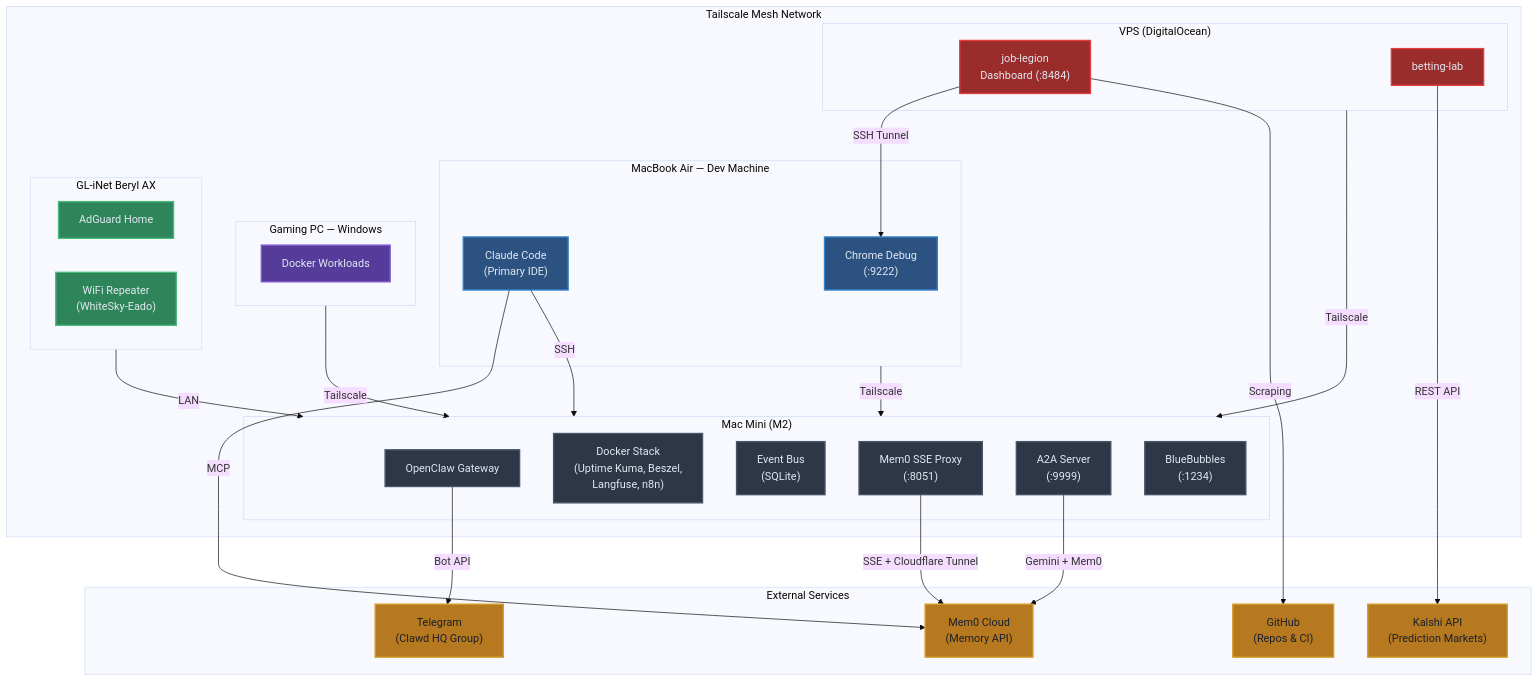
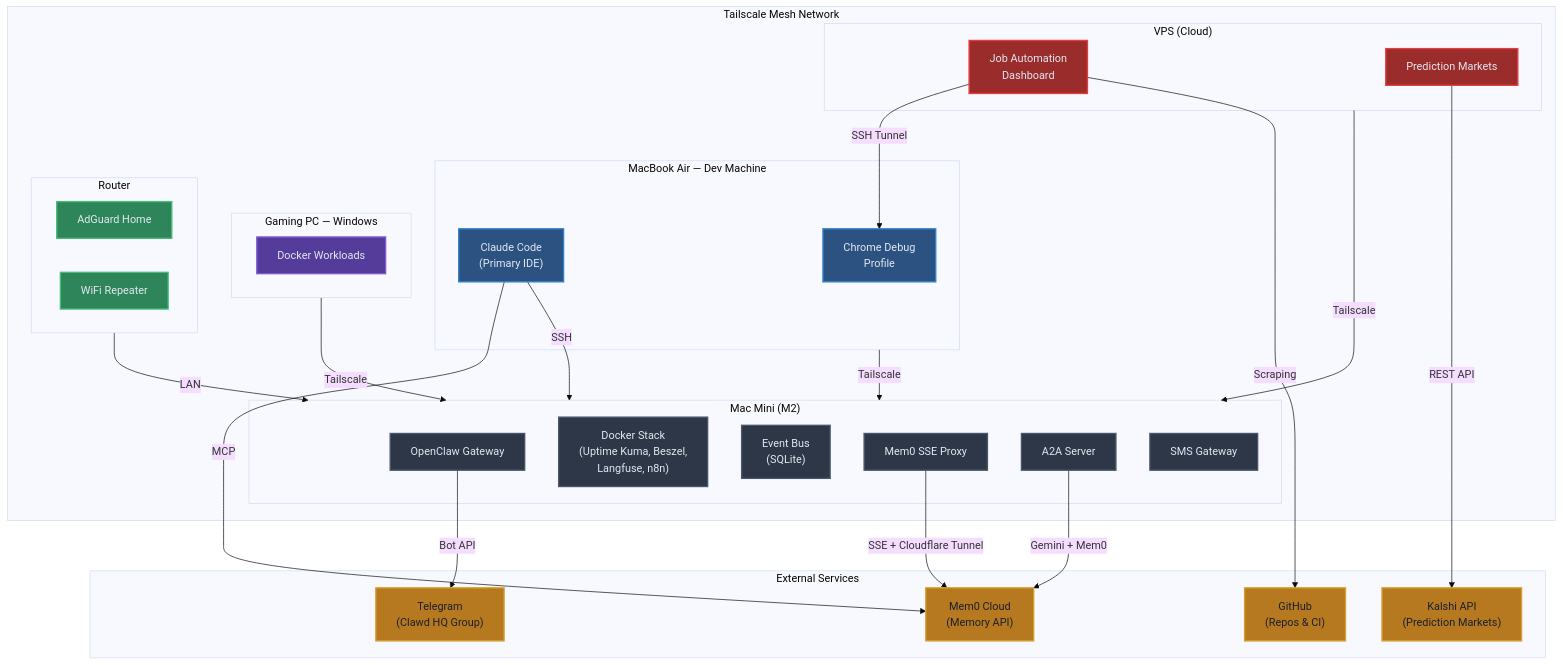
One commit to zach-abraham/clawd-hq changed the diagram in diagrams/system-topology.mmd. Above: the diagram before and after it, drawn with Mermaid (base theme).

Commit message:
security: sanitize mermaid diagram - remove port numbers and service names

```diff
--- a/diagrams/system-topology.mmd
+++ b/diagrams/system-topology.mmd
@@ -1,72 +1,72 @@
 graph TD
     subgraph External["External Services"]
         MEM0_CLOUD["Mem0 Cloud<br/>(Memory API)"]
         TELEGRAM["Telegram<br/>(Clawd HQ Group)"]
         KALSHI["Kalshi API<br/>(Prediction Markets)"]
         GITHUB["GitHub<br/>(Repos & CI)"]
     end
 
     subgraph TAILSCALE["Tailscale Mesh Network"]
         subgraph MACMINI["Mac Mini (M2)"]
             OC_GW["OpenClaw Gateway"]
             DOCKER["Docker Stack<br/>(Uptime Kuma, Beszel,<br/>Langfuse, n8n)"]
             EVENTBUS["Event Bus<br/>(SQLite)"]
-            MEM0_SSE["Mem0 SSE Proxy<br/>(:8051)"]
-            A2A["A2A Server<br/>(:9999)"]
-            BLUEBUB["BlueBubbles<br/>(:1234)"]
+            MEM0_SSE["Mem0 SSE Proxy"]
+            A2A["A2A Server"]
+            SMS_GW["SMS Gateway"]
         end
 
         subgraph MBA["MacBook Air — Dev Machine"]
             CLAUDE_CODE["Claude Code<br/>(Primary IDE)"]
-            CHROME_DBG["Chrome Debug<br/>(:9222)"]
+            CHROME_DBG["Chrome Debug<br/>Profile"]
         end
 
         subgraph GAMING["Gaming PC — Windows"]
             DOCKER_WIN["Docker Workloads"]
         end
 
-        subgraph VPS["VPS (DigitalOcean)"]
-            JOB_LEGION["job-legion<br/>Dashboard (:8484)"]
-            BETTING_LAB["betting-lab"]
+        subgraph VPS["VPS (Cloud)"]
+            JOB_LEGION["Job Automation<br/>Dashboard"]
+            BETTING_LAB["Prediction Markets"]
         end
 
-        subgraph ROUTER["GL-iNet Beryl AX"]
+        subgraph ROUTER["Router"]
             ADGUARD["AdGuard Home"]
-            REPEATER["WiFi Repeater<br/>(WhiteSky-Eado)"]
+            REPEATER["WiFi Repeater"]
         end
     end
 
     %% Tailscale connections
     MBA -->|Tailscale| MACMINI
     GAMING -->|Tailscale| MACMINI
     VPS -->|Tailscale| MACMINI
     ROUTER -->|LAN| MACMINI
 
     %% External connections from Mac Mini
     MEM0_SSE -->|SSE + Cloudflare Tunnel| MEM0_CLOUD
     OC_GW -->|Bot API| TELEGRAM
     A2A -->|Gemini + Mem0| MEM0_CLOUD
     JOB_LEGION -->|SSH Tunnel| CHROME_DBG
 
     %% External connections from VPS
     BETTING_LAB -->|REST API| KALSHI
     JOB_LEGION -->|Scraping| GITHUB
 
     %% Claude Code connections
     CLAUDE_CODE -->|MCP| MEM0_CLOUD
     CLAUDE_CODE -->|SSH| MACMINI
 
     %% Styles
     classDef macmini fill:#2d3748,stroke:#4a5568,color:#e2e8f0,stroke-width:2px
     classDef mba fill:#2c5282,stroke:#3182ce,color:#e2e8f0,stroke-width:2px
     classDef gaming fill:#553c9a,stroke:#805ad5,color:#e2e8f0,stroke-width:2px
     classDef vps fill:#9b2c2c,stroke:#e53e3e,color:#e2e8f0,stroke-width:2px
     classDef router fill:#2f855a,stroke:#48bb78,color:#e2e8f0,stroke-width:2px
     classDef external fill:#b7791f,stroke:#d69e2e,color:#1a202c,stroke-width:2px
 
-    class OC_GW,DOCKER,EVENTBUS,MEM0_SSE,A2A,BLUEBUB macmini
+    class OC_GW,DOCKER,EVENTBUS,MEM0_SSE,A2A,SMS_GW macmini
     class CLAUDE_CODE,CHROME_DBG mba
     class DOCKER_WIN gaming
     class JOB_LEGION,BETTING_LAB vps
     class ADGUARD,REPEATER router
     class MEM0_CLOUD,TELEGRAM,KALSHI,GITHUB external
```
